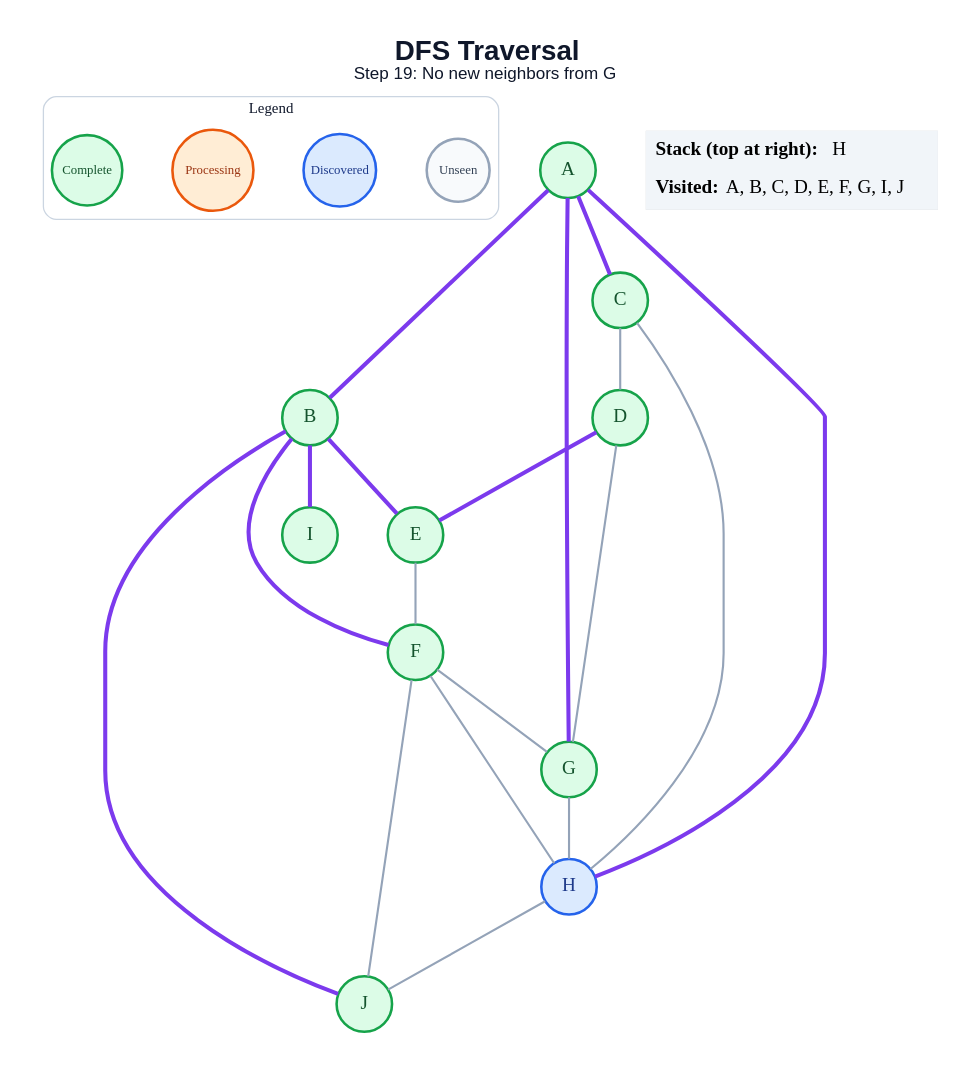
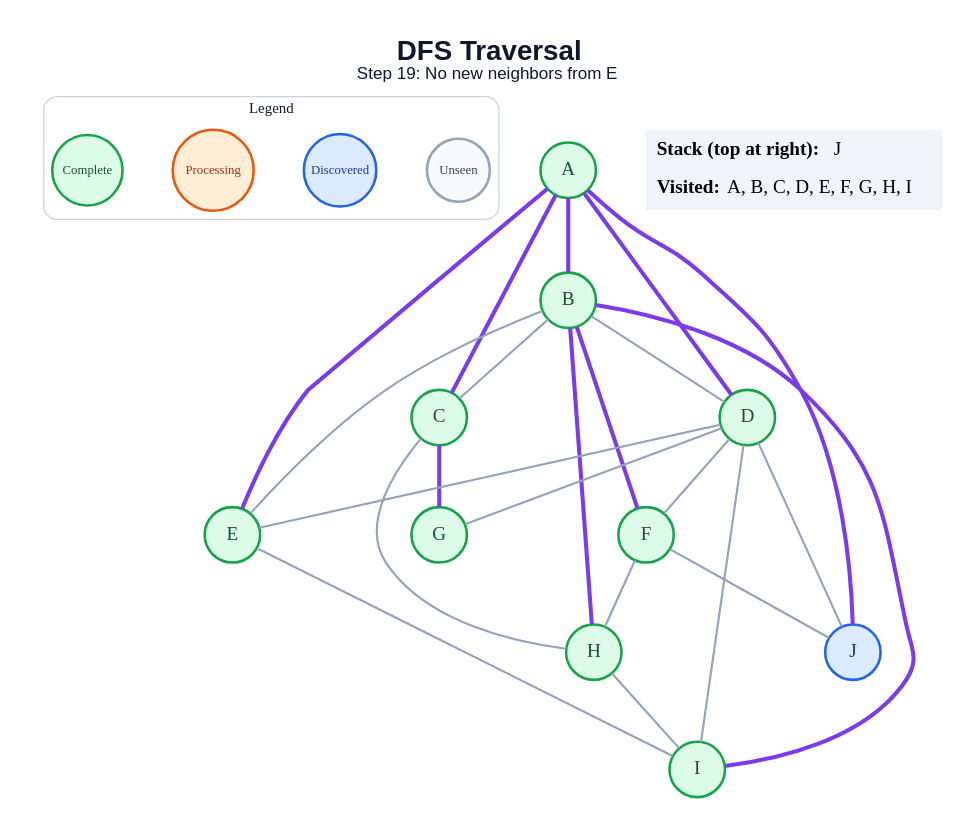
One commit to anon7238593-create/ai-slop changed the diagram in generated/dfs/step_19.dot. Above: the diagram before and after it, drawn with Graphviz. The commit also changed 178 other files, not shown here.

```diff
--- a/generated/dfs/step_19.dot
+++ b/generated/dfs/step_19.dot
@@ -1,47 +1,51 @@
 graph traversal {
   graph [layout=dot, rankdir=TB, bgcolor="#FFFFFF", pad="0.35", nodesep="0.65", ranksep="0.8", fontname="Arial"];
   node [shape=circle, style="filled", fontname="Arial Bold", fontsize=18, width=0.72, fixedsize=true, penwidth=2.4];
   edge [color="#94A3B8", penwidth=2.0];
-  label=<<B>DFS Traversal</B><BR/><FONT POINT-SIZE="16">Step 19: No new neighbors from G</FONT>>; labelloc="t"; fontsize=26; fontname="Arial"; fontcolor="#0F172A";
+  label=<<B>DFS Traversal</B><BR/><FONT POINT-SIZE="16">Step 19: No new neighbors from E</FONT>>; labelloc="t"; fontsize=26; fontname="Arial"; fontcolor="#0F172A";
   subgraph cluster_legend { label="Legend"; color="#CBD5E1"; penwidth=1.2; style="rounded"; fontsize=14; fontname="Arial Bold";
     key_unseen [label="Unseen", fillcolor="#F8FAFC", color="#94A3B8", fontcolor="#334155", fontsize=12, width=0.82];
     key_frontier [label="Discovered", fillcolor="#DBEAFE", color="#2563EB", fontcolor="#1E3A8A", fontsize=12, width=0.95];
     key_current [label="Processing", fillcolor="#FFEDD5", color="#EA580C", fontcolor="#9A3412", fontsize=12, width=1.05];
     key_done [label="Complete", fillcolor="#DCFCE7", color="#16A34A", fontcolor="#14532D", fontsize=12, width=0.92];
     { rank=same; key_unseen; key_frontier; key_current; key_done; }
   }
   A [fillcolor="#DCFCE7", color="#16A34A", fontcolor="#14532D"];
   B [fillcolor="#DCFCE7", color="#16A34A", fontcolor="#14532D"];
   C [fillcolor="#DCFCE7", color="#16A34A", fontcolor="#14532D"];
   D [fillcolor="#DCFCE7", color="#16A34A", fontcolor="#14532D"];
   E [fillcolor="#DCFCE7", color="#16A34A", fontcolor="#14532D"];
   F [fillcolor="#DCFCE7", color="#16A34A", fontcolor="#14532D"];
   G [fillcolor="#DCFCE7", color="#16A34A", fontcolor="#14532D"];
-  H [fillcolor="#DBEAFE", color="#2563EB", fontcolor="#1E3A8A"];
+  H [fillcolor="#DCFCE7", color="#16A34A", fontcolor="#14532D"];
   I [fillcolor="#DCFCE7", color="#16A34A", fontcolor="#14532D"];
-  J [fillcolor="#DCFCE7", color="#16A34A", fontcolor="#14532D"];
+  J [fillcolor="#DBEAFE", color="#2563EB", fontcolor="#1E3A8A"];
   A -- B [color="#7C3AED", penwidth=3.8];
   A -- C [color="#7C3AED", penwidth=3.8];
-  A -- G [color="#7C3AED", penwidth=3.8];
-  A -- H [color="#7C3AED", penwidth=3.8];
-  B -- E [color="#7C3AED", penwidth=3.8];
+  A -- D [color="#7C3AED", penwidth=3.8];
+  A -- E [color="#7C3AED", penwidth=3.8];
+  A -- J [color="#7C3AED", penwidth=3.8];
+  B -- C;
+  B -- D;
+  B -- E;
   B -- F [color="#7C3AED", penwidth=3.8];
+  B -- H [color="#7C3AED", penwidth=3.8];
   B -- I [color="#7C3AED", penwidth=3.8];
-  B -- J [color="#7C3AED", penwidth=3.8];
-  C -- D;
+  C -- G [color="#7C3AED", penwidth=3.8];
   C -- H;
-  D -- E [color="#7C3AED", penwidth=3.8];
+  D -- E;
+  D -- F;
   D -- G;
-  E -- F;
-  F -- G;
+  D -- I;
+  D -- J;
+  E -- I;
   F -- H;
   F -- J;
-  G -- H;
-  H -- J;
+  H -- I;
   status [shape=plain, fixedsize=false, width=0, height=0, margin=0, label=<
     <TABLE BORDER="0" CELLBORDER="0" CELLPADDING="7" BGCOLOR="#F1F5F9">
-      <TR><TD ALIGN="LEFT"><B>Stack (top at right):</B> H</TD></TR>
-      <TR><TD ALIGN="LEFT"><B>Visited:</B> A, B, C, D, E, F, G, I, J</TD></TR>
+      <TR><TD ALIGN="LEFT"><B>Stack (top at right):</B> J</TD></TR>
+      <TR><TD ALIGN="LEFT"><B>Visited:</B> A, B, C, D, E, F, G, H, I</TD></TR>
     </TABLE>
   >];
 }
```
